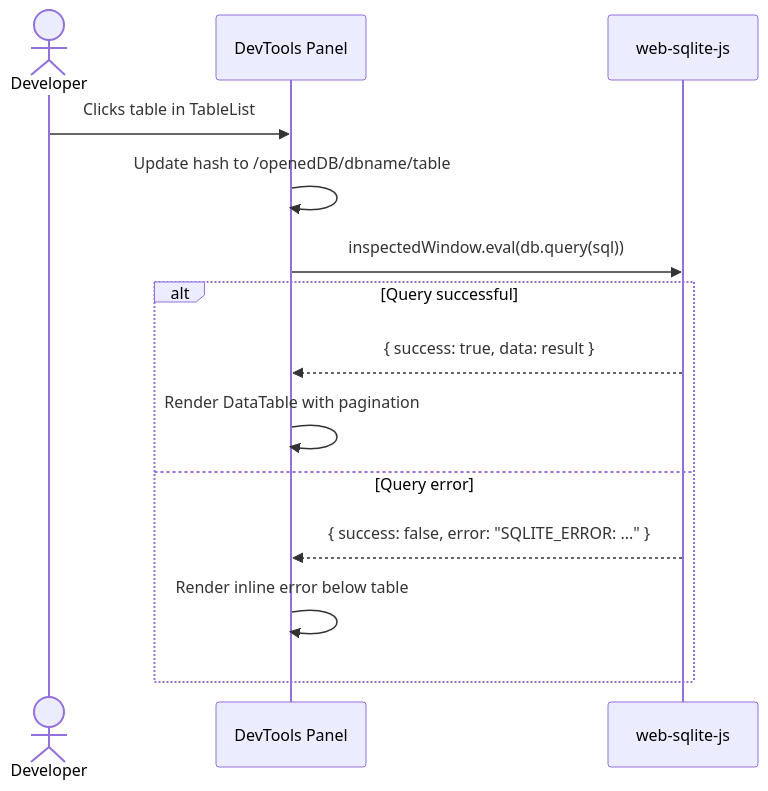
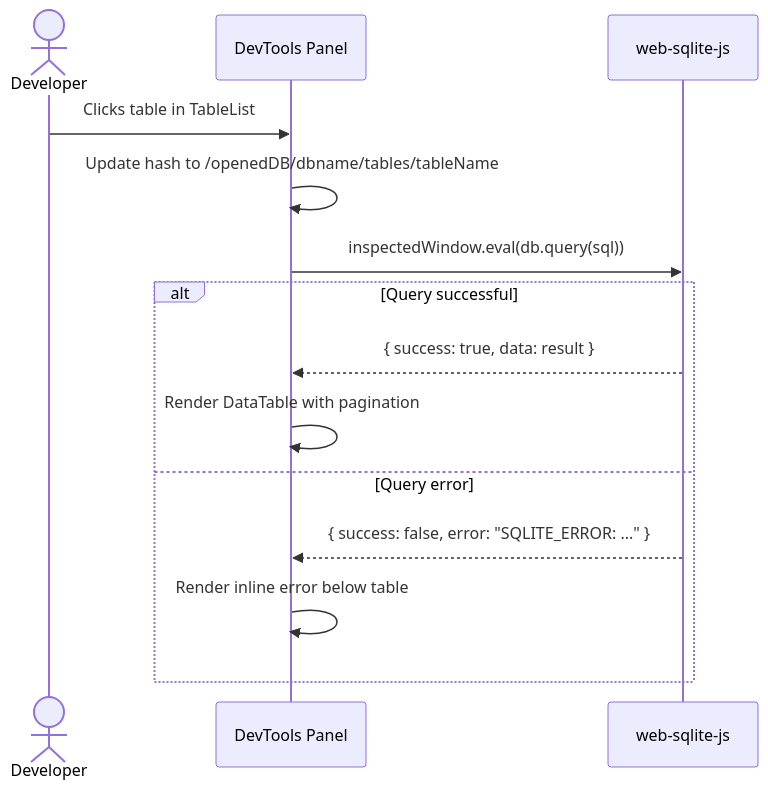
One commit to wuchuheng/web-sqlite-js-devtools changed the second of 13 diagrams in agent-docs/03-architecture/02-dataflow.md. Above: the diagram before and after it, drawn with Mermaid. The commit also changed 22 other files, not shown here.

````diff
--- a/agent-docs/03-architecture/02-dataflow.md
+++ b/agent-docs/03-architecture/02-dataflow.md
@@ -50,17 +50,17 @@
 ```mermaid
 sequenceDiagram
     actor Dev as Developer
     participant Panel as DevTools Panel
     participant DB as web-sqlite-js
 
     Dev->>Panel: Clicks table in TableList
-    Panel->>Panel: Update hash to /openedDB/dbname/table
+    Panel->>Panel: Update hash to /openedDB/dbname/tables/tableName
     Panel->>DB: inspectedWindow.eval(db.query(sql))
     alt Query successful
         DB-->>Panel: { success: true, data: result }
         Panel->>Panel: Render DataTable with pagination
     else Query error
         DB-->>Panel: { success: false, error: "SQLITE_ERROR: ..." }
         Panel->>Panel: Render inline error below table
     end
 ```
````
